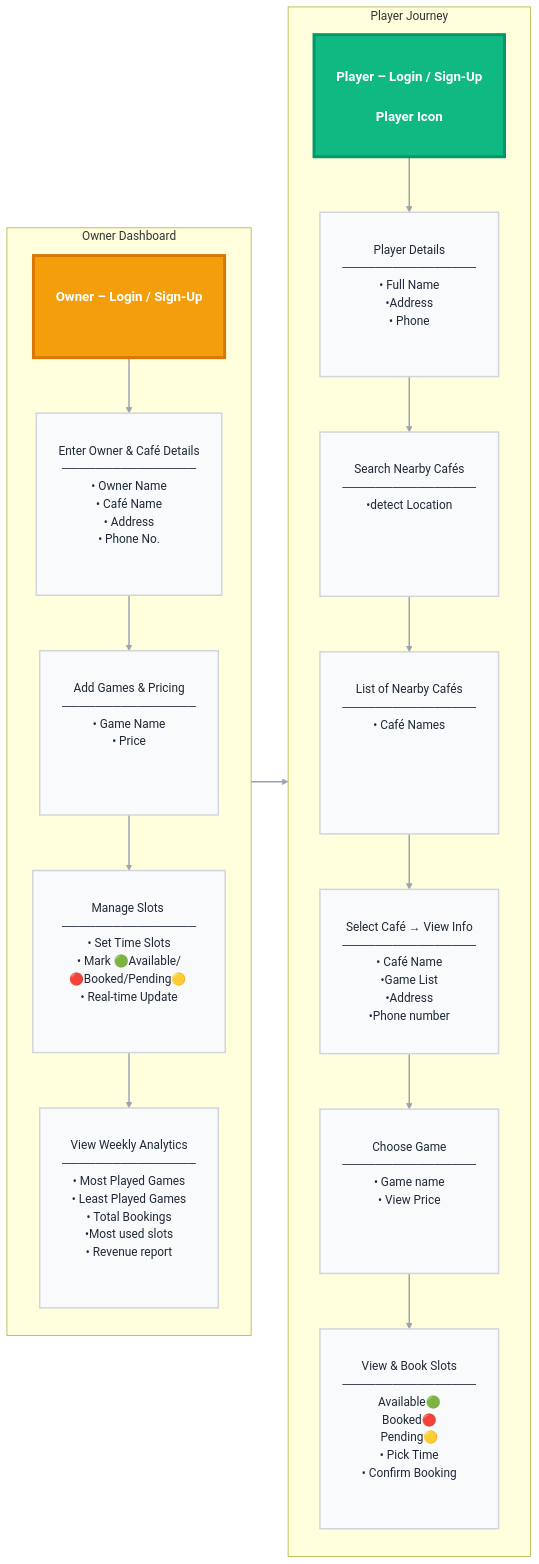
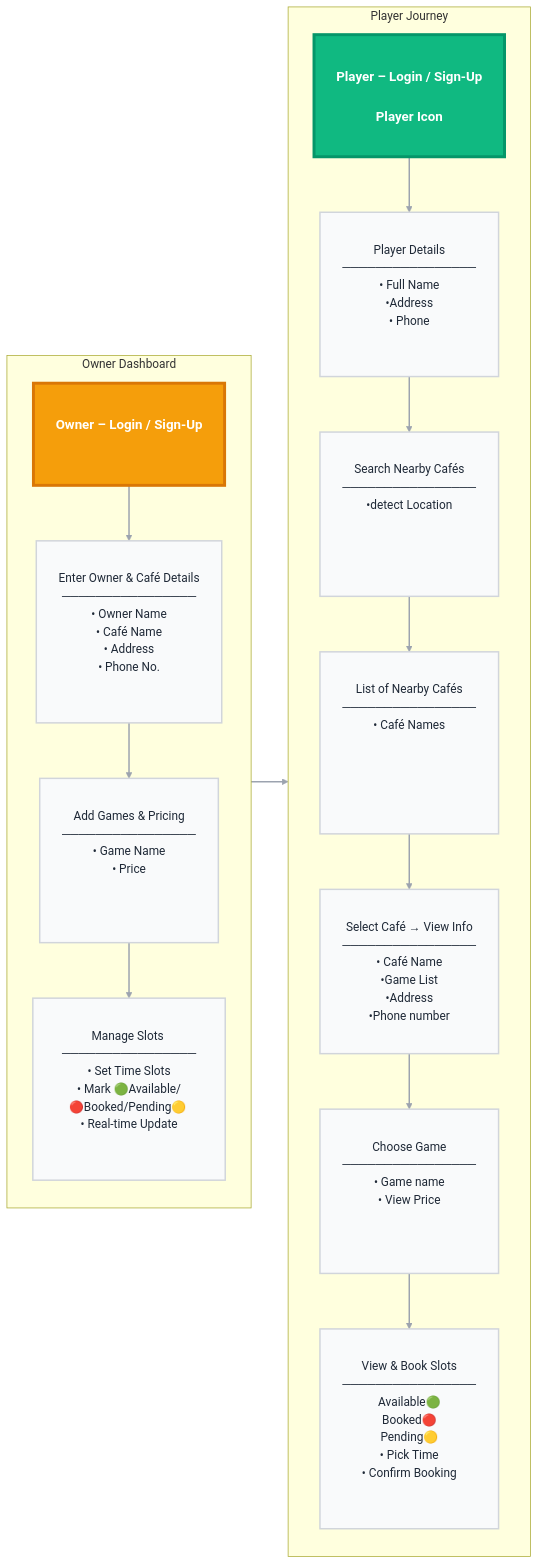
One commit to yuvrajsingh-Gkmit/gamegrid-docs changed the first of 8 diagrams in docs/index.md. Above: the diagram before and after it, drawn with Mermaid. The commit also changed other lines of this file, not shown here.

Commit message:
fix: refine owner flow diagram and clarify café discovery search criteria

````diff
--- a/docs/index.md
+++ b/docs/index.md
@@ -38,43 +38,42 @@
 ```mermaid
 flowchart LR
     %% === OWNER FLOW (LEFT – FIRST) ===
     subgraph Owner_Flow ["Owner Dashboard"]
         direction TB
         O1["Owner – Login / Sign-Up<br><br>"] 
         O2["Enter Owner & Café Details<br>────────────────<br>• Owner Name<br>• Café Name<br>• Address<br>• Phone No.<br><br>"] 
         O3["Add Games & Pricing<br>────────────────<br>• Game Name<br>• Price<br><br><br>"] 
         O4["Manage Slots <br>────────────────<br>• Set Time Slots<br>• Mark 🟢Available/🔴Booked/Pending🟡 <br>• Real-time Update<br><br>"] 
-        O5["View Weekly Analytics<br>────────────────<br>• Most Played Games<br>• Least Played Games<br>• Total Bookings<br>•Most used slots<br>• Revenue report<br><br>"]
-
-        O1 --> O2 --> O3 --> O4 --> O5
+       
+        O1 --> O2 --> O3 --> O4 
     end
 
     %% === PLAYER FLOW (RIGHT – SECOND) ===
     subgraph Player_Flow ["Player Journey"]
         direction TB
         P1["Player – Login / Sign-Up<br><br>Player Icon"] 
         P2["Player Details<br>────────────────<br>• Full Name<br>•Address<br>• Phone <br><br>"] 
         P3["Search Nearby Cafés<br>────────────────<br>•detect Location<br><br><br><br>"] 
         P4["List of Nearby Cafés<br>────────────────<br>• Café Names<br><br><br><br><br>"] 
         P5["Select Café → View Info<br>────────────────<br>• Café Name<br>•Game List<br>•Address<br>•Phone number<br>"] 
         P6["Choose Game<br>────────────────<br>• Game name <br>• View Price <br><br><br>"] 
         P7["View & Book Slots<br>────────────────<br>Available🟢<br>Booked🔴<br>Pending🟡<br>• Pick Time<br>• Confirm Booking<br><br>"]
 
         P1 --> P2 --> P3 --> P4 --> P5 --> P6 --> P7
     end
 
     %% === STYLING: BIG, BOLD, EMOJI-READY ===
     classDef ownerStart fill:#F59E0B, color:#fff, stroke:#D97706, stroke-width:4px, font-size:18px, padding:28px, font-weight:bold, border-radius:14px
     classDef playerStart fill:#10B981, color:#fff, stroke:#059669, stroke-width:4px, font-size:18px, padding:28px, font-weight:bold, border-radius:14px
     classDef stepStyle fill:#F9FAFB, color:#1F2937, stroke:#D1D5DB, stroke-width:2px, font-size:16px, padding:24px, border-radius:12px
 
     class O1 ownerStart
     class P1 playerStart
     class O2,O3,O4,O5 stepStyle
     class P2,P3,P4,P5,P6,P7 stepStyle
 
     %% Force Owner LEFT, Player RIGHT
     Owner_Flow -.-> Player_Flow
     linkStyle default stroke:#9CA3AF, stroke-width: 2px, stroke-dasharray: 0 0 
 
 ```
````
